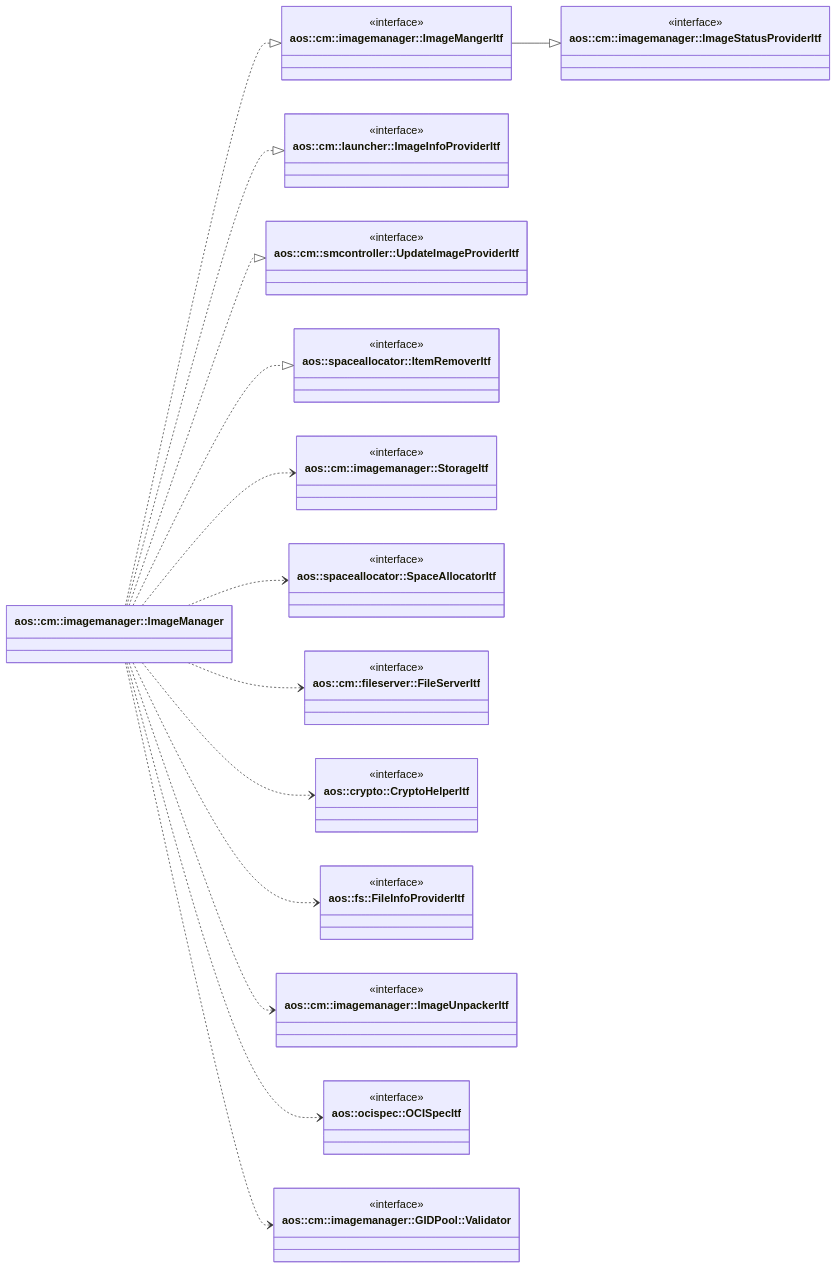
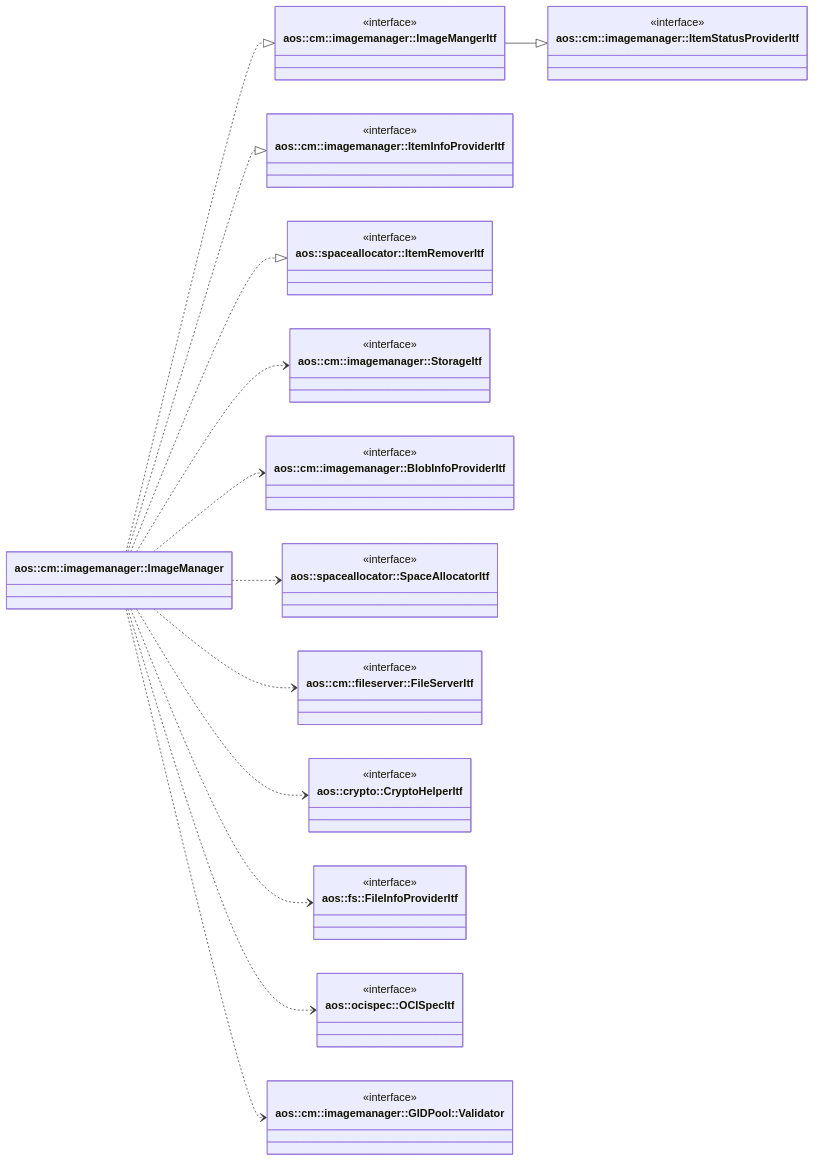
One commit to aosedge/aos_core_lib_cpp changed the diagram in src/core/cm/imagemanager/imagemanager.md. Above: the diagram before and after it, drawn with Mermaid. The commit also changed other lines of this file and 6 other files, not shown here.

Commit message:
cm: imagemanager: add new image manager design document

````diff
--- a/src/core/cm/imagemanager/imagemanager.md
+++ b/src/core/cm/imagemanager/imagemanager.md
@@ -26,75 +24,70 @@
 ```mermaid
 classDiagram
     direction LR
 
     class ImageManager ["aos::cm::imagemanager::ImageManager"] {
     }
 
     class ImageManagerItf ["aos::cm::imagemanager::ImageMangerItf"] {
         <<interface>>
     }
 
-    class ImageStatusProviderItf ["aos::cm::imagemanager::ImageStatusProviderItf"] {
+    class ItemStatusProviderItf ["aos::cm::imagemanager::ItemStatusProviderItf"] {
         <<interface>>
     }
 
-    class ImageInfoProviderItf ["aos::cm::launcher::ImageInfoProviderItf"] {
-        <<interface>>
-    }
-
-    class UpdateImageProviderItf ["aos::cm::smcontroller::UpdateImageProviderItf"] {
+    class ItemInfoProviderItf ["aos::cm::imagemanager::ItemInfoProviderItf"] {
         <<interface>>
     }
 
     class ItemRemoverItf ["aos::spaceallocator::ItemRemoverItf"] {
         <<interface>>
     }
 
     class StorageItf ["aos::cm::imagemanager::StorageItf"] {
+        <<interface>>
+    }
+
+    class BlobInfoProviderItf ["aos::cm::imagemanager::BlobInfoProviderItf"] {
         <<interface>>
     }
 
     class SpaceAllocatorItf ["aos::spaceallocator::SpaceAllocatorItf"] {
         <<interface>>
     }
 
     class FileServerItf ["aos::cm::fileserver::FileServerItf"] {
         <<interface>>
     }
 
     class CryptoHelperItf ["aos::crypto::CryptoHelperItf"] {
         <<interface>>
     }
 
     class FileInfoProviderItf ["aos::fs::FileInfoProviderItf"] {
         <<interface>>
     }
 
-    class ImageUnpackerItf ["aos::cm::imagemanager::ImageUnpackerItf"] {
-        <<interface>>
-    }
-
     class OCISpecItf ["aos::ocispec::OCISpecItf"] {
         <<interface>>
     }
 
     class GIDPoolValidator ["aos::cm::imagemanager::GIDPool::Validator"] {
         <<interface>>
     }
 
-    ImageManagerItf --|> ImageStatusProviderItf
+    ImageManagerItf --|> ItemStatusProviderItf
 
     ImageManager ..|> ImageManagerItf
-    ImageManager ..|> ImageInfoProviderItf
-    ImageManager ..|> UpdateImageProviderItf
+    ImageManager ..|> ItemInfoProviderItf
     ImageManager ..|> ItemRemoverItf
 
     ImageManager ..> StorageItf
+    ImageManager ..> BlobInfoProviderItf
     ImageManager ..> SpaceAllocatorItf
     ImageManager ..> FileServerItf
     ImageManager ..> CryptoHelperItf
     ImageManager ..> FileInfoProviderItf
-    ImageManager ..> ImageUnpackerItf
     ImageManager ..> OCISpecItf
     ImageManager ..> GIDPoolValidator
 ```
````
